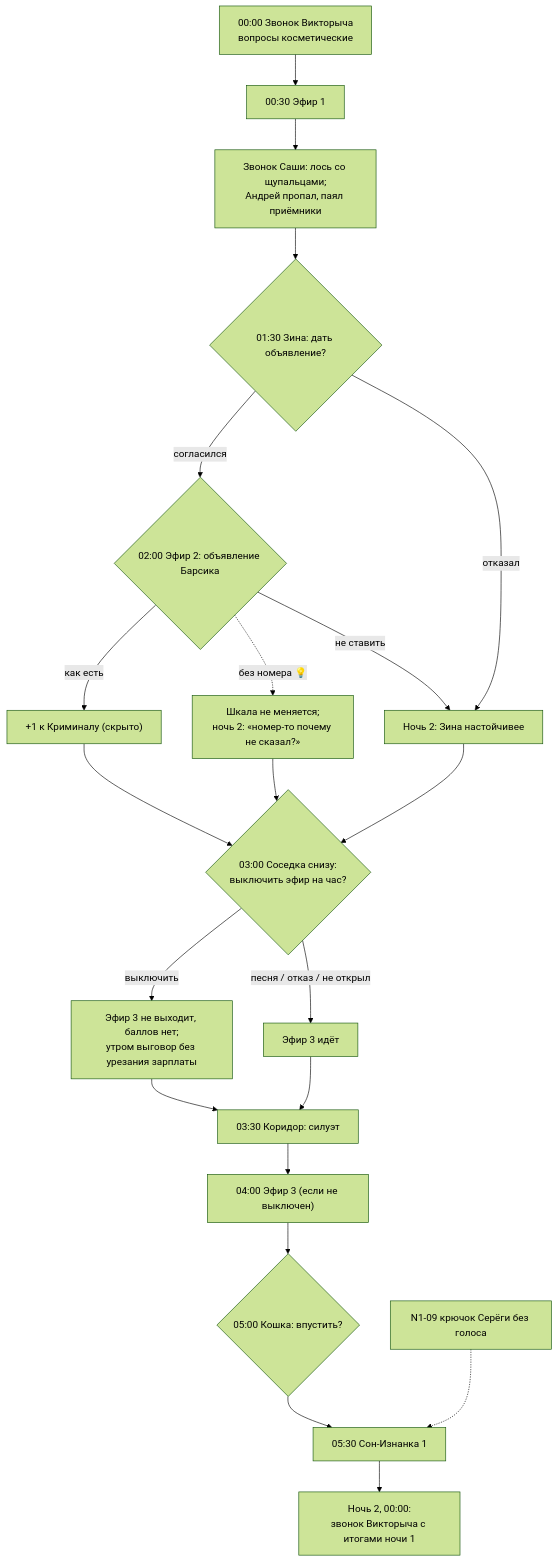
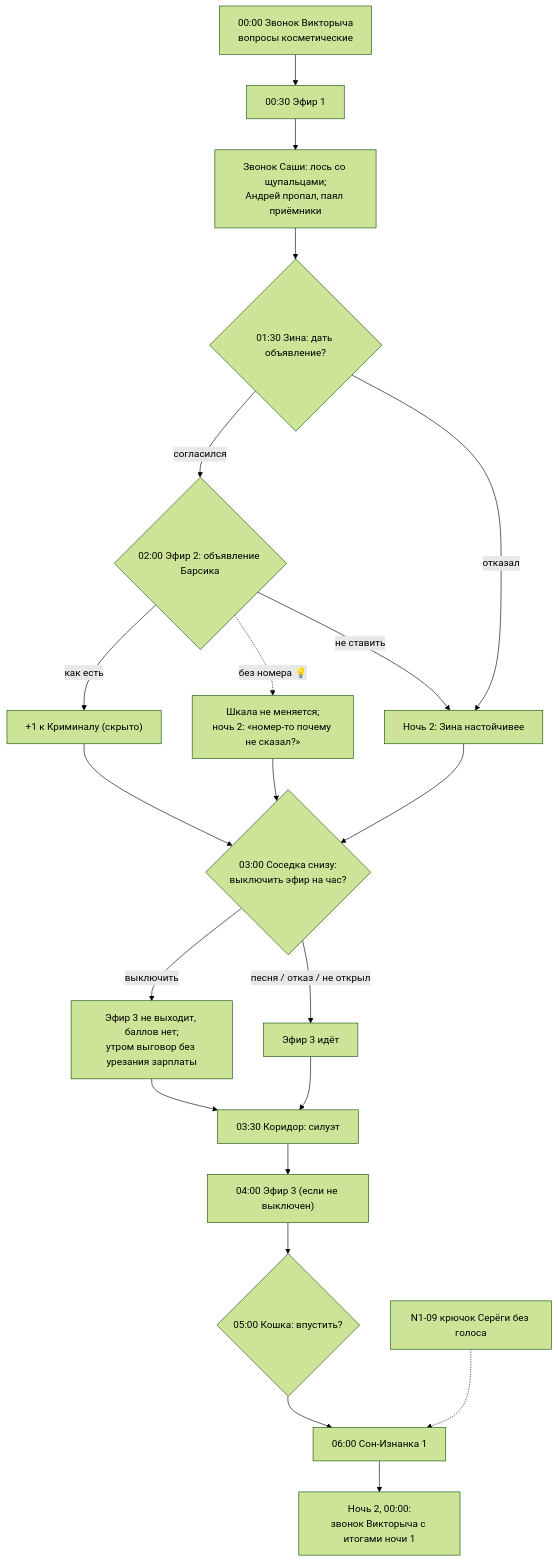
The second of 10 diagrams in Docs/Скелет_ночей.md (nil-games/Radio), drawn with Mermaid (forest theme) before and after one commit. The commit also changed other lines of this file and 98 other files, not shown here.

````diff
--- a/Docs/Скелет_ночей.md
+++ b/Docs/Скелет_ночей.md
@@ -104,24 +104,24 @@
 ```mermaid
 flowchart TD
   A01["00:00 Звонок Викторыча<br/>вопросы косметические"] --> A02["00:30 Эфир 1"]
   A02 --> A03["Звонок Саши: лось со щупальцами;<br/>Андрей пропал, паял приёмники"]
   A03 --> A05{"01:30 Зина: дать объявление?"}
   A05 -->|согласился| AD{"02:00 Эфир 2: объявление Барсика"}
   A05 -->|отказал| Z2["Ночь 2: Зина настойчивее"]
   AD -->|как есть| ADASIS["+1 к Криминалу (скрыто)"]
   AD -.->|без номера 💡| ADNO["Шкала не меняется;<br/>ночь 2: «номер-то почему не сказал?»"]
   AD -->|не ставить| Z2
   ADASIS --> NB
   ADNO --> NB
   Z2 --> NB
   NB{"03:00 Соседка снизу:<br/>выключить эфир на час?"}
   NB -->|выключить| OFF["Эфир 3 не выходит, баллов нет;<br/>утром выговор без урезания зарплаты"]
   NB -->|песня / отказ / не открыл| ON["Эфир 3 идёт"]
   OFF --> COR["03:30 Коридор: силуэт"]
   ON --> COR
   COR --> E3["04:00 Эфир 3 (если не выключен)"]
   E3 --> CAT{"05:00 Кошка: впустить?"}
-  CAT --> DR["05:30 Сон-Изнанка 1"]
+  CAT --> DR["06:00 Сон-Изнанка 1"]
   DR --> N2["Ночь 2, 00:00:<br/>звонок Викторыча с итогами ночи 1"]
   SERG["N1-09 крючок Серёги без голоса"] -.-> DR
 ```
````
